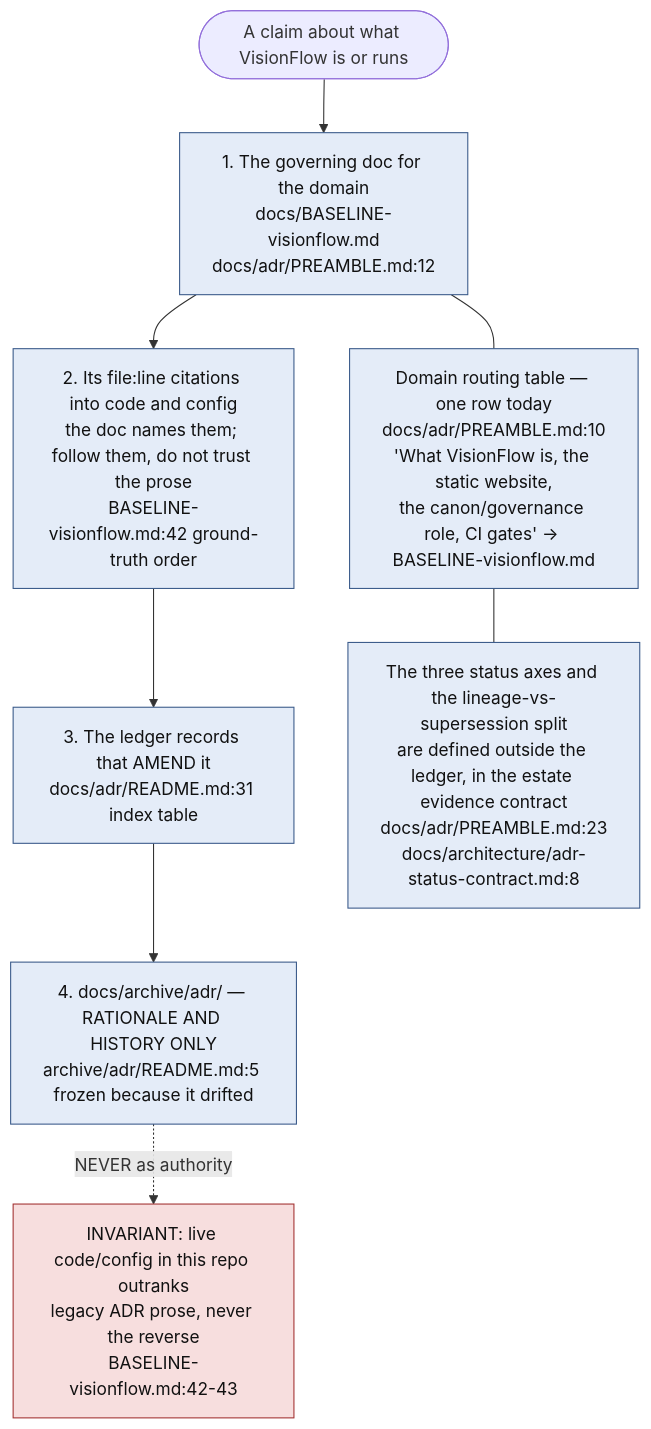
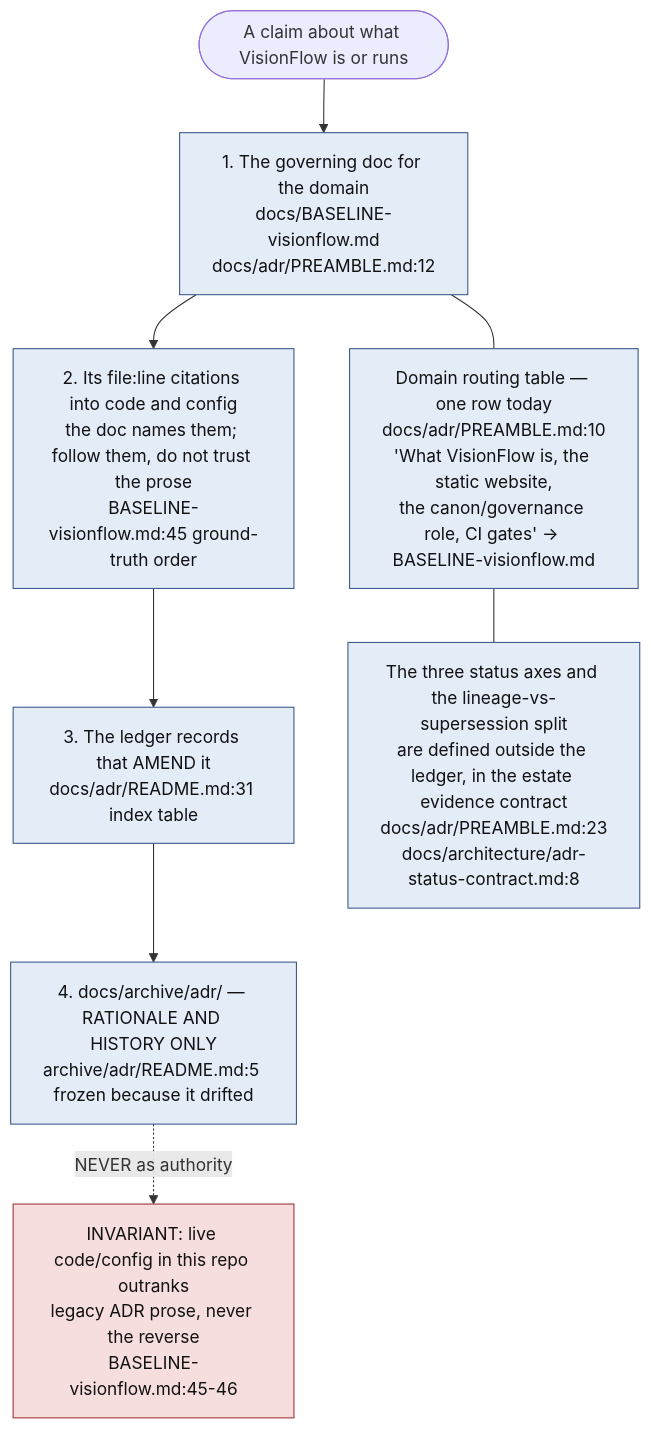
Before and after one commit to DreamLab-AI/VisionFlow: the second of 11 diagrams in docs/diagrams/visionflow/01-repo-composition-and-canon.md, drawn with Mermaid. The commit also changed other lines of this file and 94 other files, not shown here.

First line of the commit message:
docs(diagrams): re-verify 130 topics against 2 October HEADs

````diff
--- a/docs/diagrams/visionflow/01-repo-composition-and-canon.md
+++ b/docs/diagrams/visionflow/01-repo-composition-and-canon.md
@@ -112,17 +113,17 @@
 ```mermaid
 flowchart TB
     classDef step fill:#e4ecf8,stroke:#3a5a8a,color:#111
     classDef deny fill:#f7dede,stroke:#a33333,color:#111
 
     Q(["A claim about what VisionFlow is or runs"])
     Q --> S1["1. The governing doc for the domain<br/>docs/BASELINE-visionflow.md<br/>docs/adr/PREAMBLE.md:12"]:::step
-    S1 --> S2["2. Its file:line citations into code and config<br/>the doc names them; follow them, do not trust the prose<br/>BASELINE-visionflow.md:42 ground-truth order"]:::step
+    S1 --> S2["2. Its file:line citations into code and config<br/>the doc names them; follow them, do not trust the prose<br/>BASELINE-visionflow.md:45 ground-truth order"]:::step
     S2 --> S3["3. The ledger records that AMEND it<br/>docs/adr/README.md:31 index table"]:::step
     S3 --> S4["4. docs/archive/adr/ — RATIONALE AND HISTORY ONLY<br/>archive/adr/README.md:5 frozen because it drifted"]:::step
-    S4 -.->|"NEVER as authority"| DENY["INVARIANT: live code/config in this repo outranks<br/>legacy ADR prose, never the reverse<br/>BASELINE-visionflow.md:42-43"]:::deny
+    S4 -.->|"NEVER as authority"| DENY["INVARIANT: live code/config in this repo outranks<br/>legacy ADR prose, never the reverse<br/>BASELINE-visionflow.md:45-46"]:::deny
 
     ROUTE["Domain routing table — one row today<br/>docs/adr/PREAMBLE.md:10<br/>'What VisionFlow is, the static website,<br/>the canon/governance role, CI gates' -> BASELINE-visionflow.md"]:::step
     S1 --- ROUTE
     AXES["The three status axes and the lineage-vs-supersession split<br/>are defined outside the ledger, in the estate evidence contract<br/>docs/adr/PREAMBLE.md:23<br/>docs/architecture/adr-status-contract.md:8"]:::step
     ROUTE --- AXES
 ```
````
